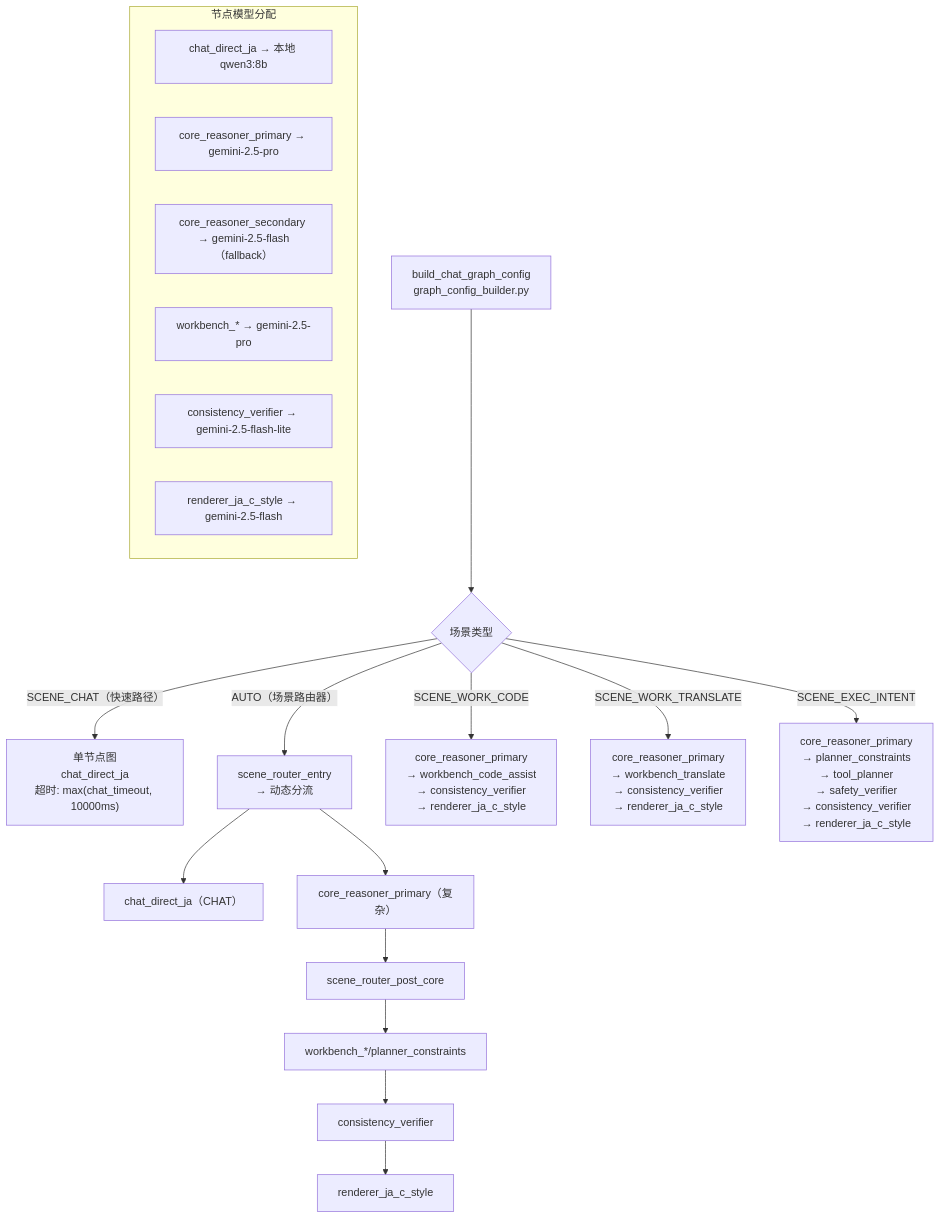
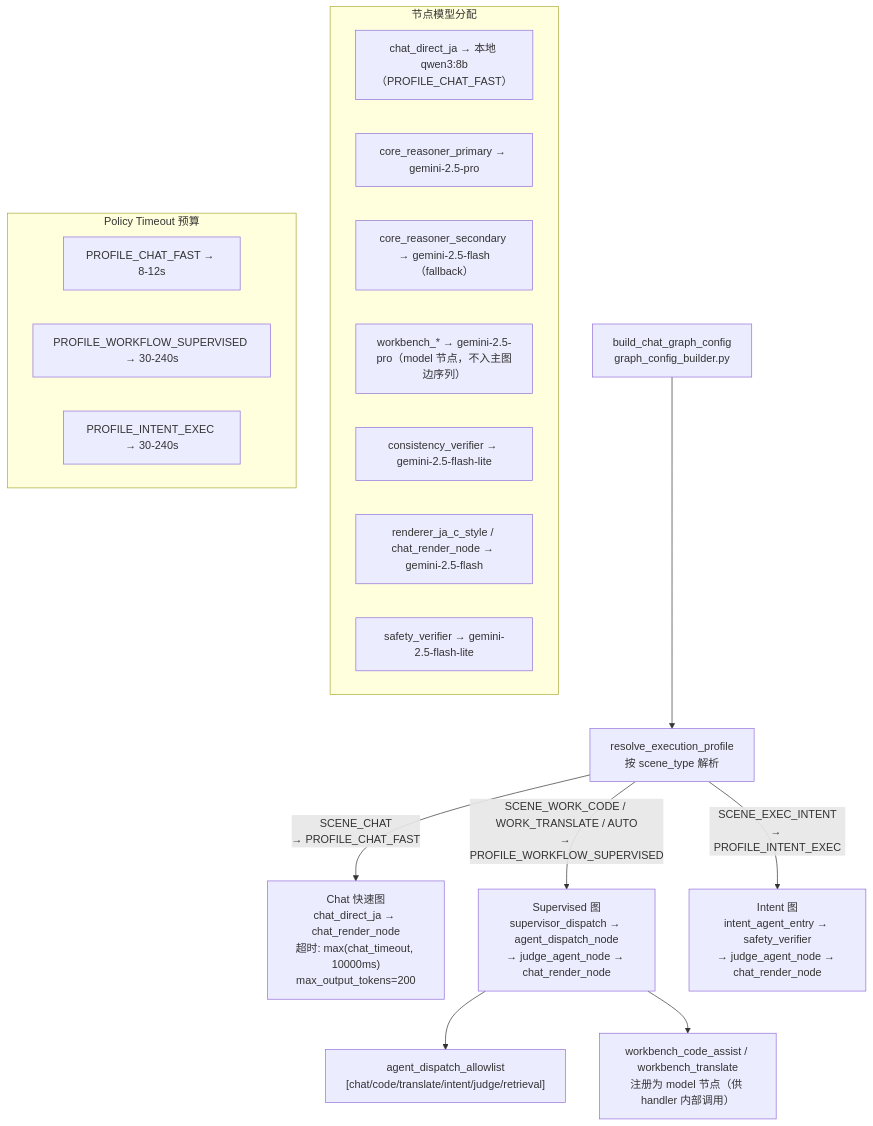
Before and after one commit to SakuraYoruno/Natsume_Ai: diagram 13 of 22 in docs/50_project/dataflow_report_20260311.md, drawn with Mermaid. The commit also changed other lines of this file, not shown here.

Commit message:
dataflow_report: 更新过时数据流图（图4/图6/图7.4），对齐 P15 PROFILE_WORKFLOW_SUPERVISED 新链路

````diff
--- a/docs/50_project/dataflow_report_20260311.md
+++ b/docs/50_project/dataflow_report_20260311.md
@@ -527,29 +543,28 @@
 ```mermaid
 flowchart TD
-    A["build_chat_graph_config\ngraph_config_builder.py"] --> B{场景类型}
+    A["build_chat_graph_config\ngraph_config_builder.py"] --> B["resolve_execution_profile\n按 scene_type 解析"]
 
-    B -->|"SCENE_CHAT（快速路径）"| C["单节点图\nchat_direct_ja\n超时: max(chat_timeout, 10000ms)"]
+    B -->|"SCENE_CHAT\n→ PROFILE_CHAT_FAST"| C["Chat 快速图\nchat_direct_ja → chat_render_node\n超时: max(chat_timeout, 10000ms)\nmax_output_tokens=200"]
 
-    B -->|"AUTO（场景路由器）"| D["scene_router_entry\n→ 动态分流"]
-    D --> D1["chat_direct_ja（CHAT）"]
-    D --> D2["core_reasoner_primary（复杂）"]
-    D2 --> D3["scene_router_post_core"]
-    D3 --> D4["workbench_*/planner_constraints"]
-    D4 --> D5["consistency_verifier"]
-    D5 --> D6["renderer_ja_c_style"]
+    B -->|"SCENE_WORK_CODE / WORK_TRANSLATE / AUTO\n→ PROFILE_WORKFLOW_SUPERVISED"| D["Supervised 图\nsupervisor_dispatch → agent_dispatch_node\n→ judge_agent_node → chat_render_node"]
+    D --> D1["agent_dispatch_allowlist\n[chat/code/translate/intent/judge/retrieval]"]
+    D --> D2["workbench_code_assist / workbench_translate\n注册为 model 节点（供 handler 内部调用）"]
 
-    B -->|"SCENE_WORK_CODE"| E["core_reasoner_primary\n→ workbench_code_assist\n→ consistency_verifier\n→ renderer_ja_c_style"]
-
-    B -->|"SCENE_WORK_TRANSLATE"| F["core_reasoner_primary\n→ workbench_translate\n→ consistency_verifier\n→ renderer_ja_c_style"]
-
-    B -->|"SCENE_EXEC_INTENT"| G["core_reasoner_primary\n→ planner_constraints\n→ tool_planner\n→ safety_verifier\n→ consistency_verifier\n→ renderer_ja_c_style"]
+    B -->|"SCENE_EXEC_INTENT\n→ PROFILE_INTENT_EXEC"| E["Intent 图\nintent_agent_entry → safety_verifier\n→ judge_agent_node → chat_render_node"]
 
     subgraph NODE_MODELS["节点模型分配"]
-        M1["chat_direct_ja → 本地 qwen3:8b"]
+        M1["chat_direct_ja → 本地 qwen3:8b（PROFILE_CHAT_FAST）"]
         M2["core_reasoner_primary → gemini-2.5-pro"]
         M3["core_reasoner_secondary → gemini-2.5-flash（fallback）"]
-        M4["workbench_* → gemini-2.5-pro"]
+        M4["workbench_* → gemini-2.5-pro（model 节点，不入主图边序列）"]
         M5["consistency_verifier → gemini-2.5-flash-lite"]
-        M6["renderer_ja_c_style → gemini-2.5-flash"]
+        M6["renderer_ja_c_style / chat_render_node → gemini-2.5-flash"]
+        M7["safety_verifier → gemini-2.5-flash-lite"]
+    end
+
+    subgraph POLICY_TIMEOUT["Policy Timeout 预算"]
+        PT1["PROFILE_CHAT_FAST → 8-12s"]
+        PT2["PROFILE_WORKFLOW_SUPERVISED → 30-240s"]
+        PT3["PROFILE_INTENT_EXEC → 30-240s"]
     end
 ```
````
